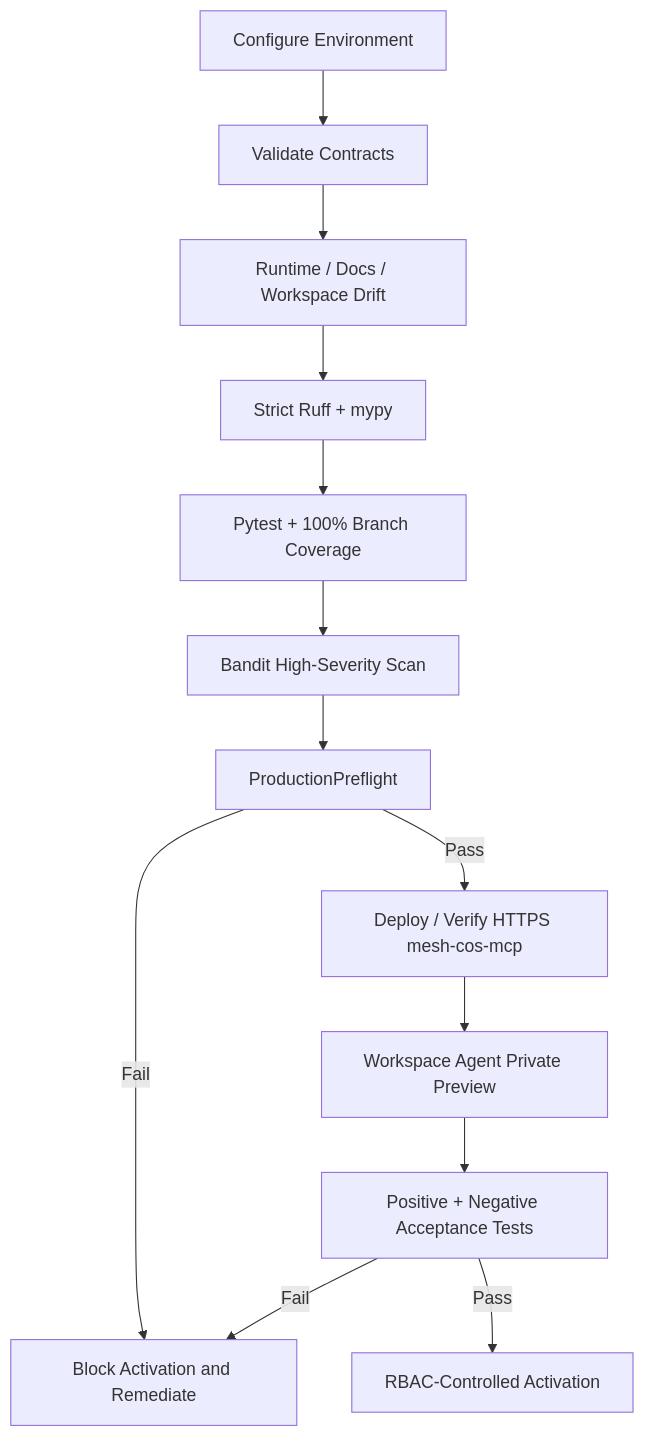
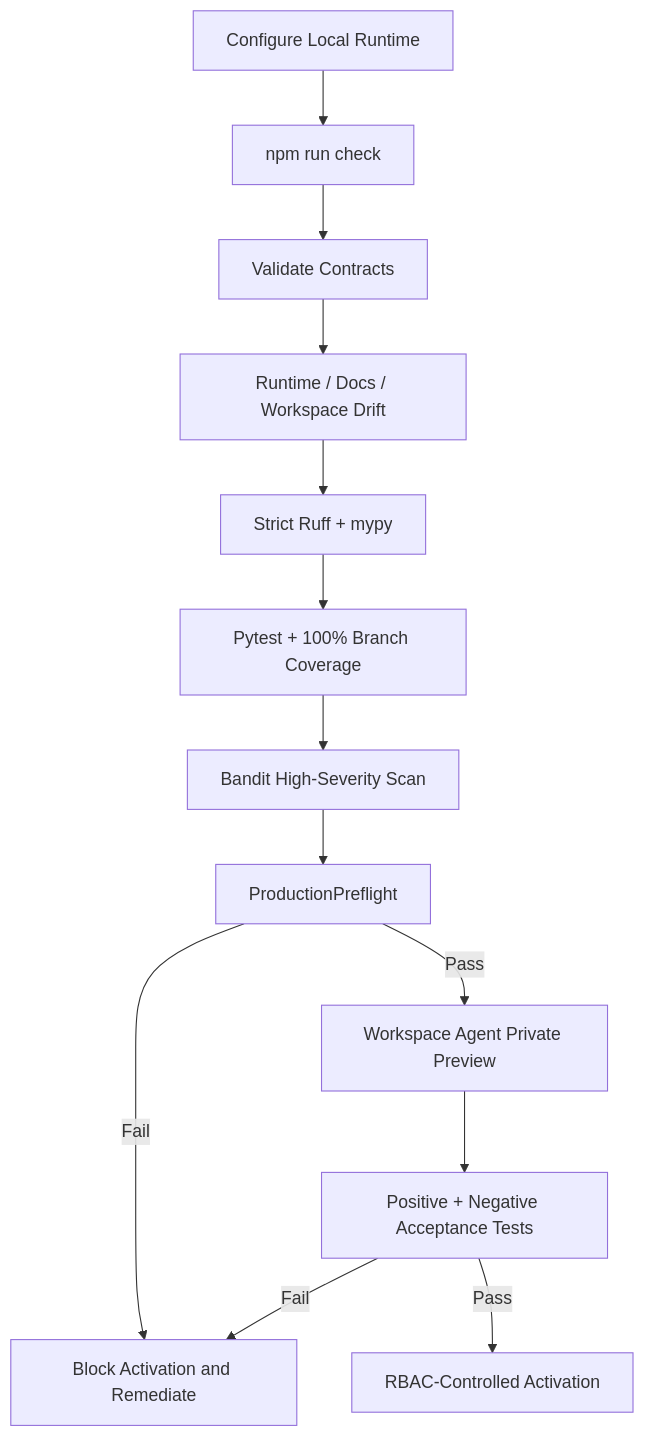
Before and after one commit to mkleinbe/mesh-ai-agent-cos-universe: the diagram in docs/runbook.md, drawn with Mermaid. The commit also changed other lines of this file, not shown here.

Commit message:
docs: update runbook for ChatGPT-local MCP

````diff
--- a/docs/runbook.md
+++ b/docs/runbook.md
@@ -9,15 +9,15 @@
 ```mermaid
 flowchart TB
-    CFG[Configure Environment] --> CONTRACTS[Validate Contracts]
+    CFG[Configure Local Runtime] --> MCPCHK[npm run check]
+    MCPCHK --> CONTRACTS[Validate Contracts]
     CONTRACTS --> DRIFT[Runtime / Docs / Workspace Drift]
     DRIFT --> LINT[Strict Ruff + mypy]
     LINT --> TEST[Pytest + 100% Branch Coverage]
     TEST --> SEC[Bandit High-Severity Scan]
     SEC --> PREFLIGHT[ProductionPreflight]
     PREFLIGHT -->|Fail| BLOCK[Block Activation and Remediate]
-    PREFLIGHT -->|Pass| MCP[Deploy / Verify HTTPS mesh-cos-mcp]
-    MCP --> PREVIEW[Workspace Agent Private Preview]
+    PREFLIGHT -->|Pass| PREVIEW[Workspace Agent Private Preview]
     PREVIEW --> NEG[Positive + Negative Acceptance Tests]
     NEG -->|Fail| BLOCK
     NEG -->|Pass| PUBLISH[RBAC-Controlled Activation]
 ```
````
